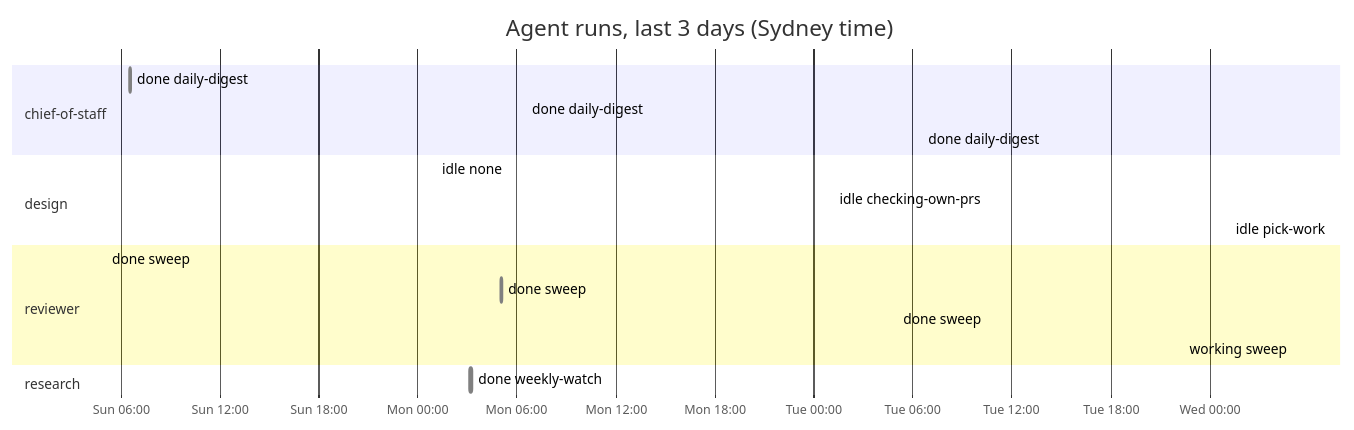
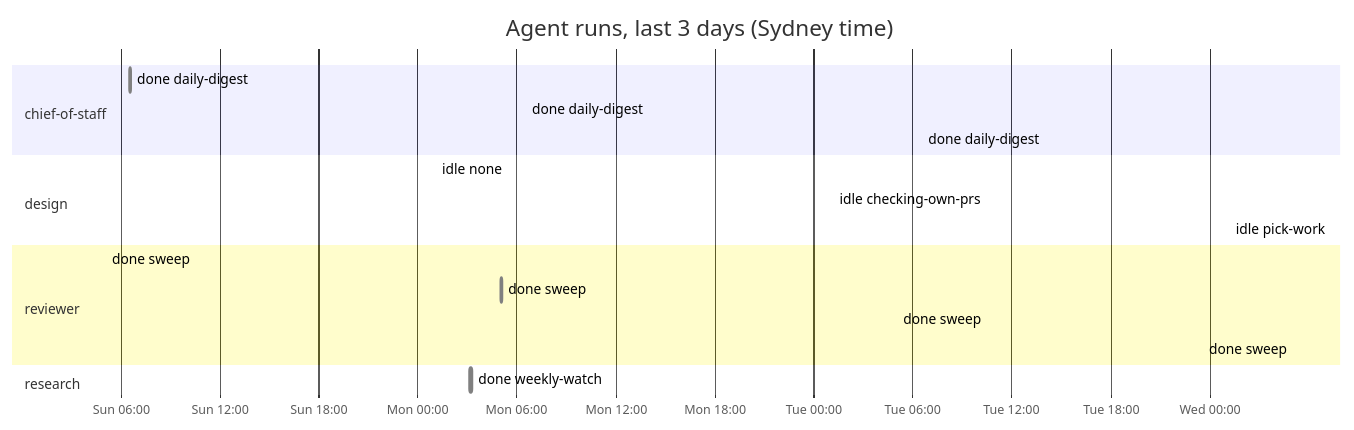
The diagram in dashboard.md (roulmediateam-byte/fifteen-expert-hq), drawn with Mermaid before and after one commit. The commit also changed other lines of this file and 1 other file, not shown here.

Commit message:
Mission control 2026-11-17T18:06Z

````diff
--- a/dashboard.md
+++ b/dashboard.md
@@ -44,21 +44,21 @@
 ```mermaid
 gantt
     title Agent runs, last 3 days (Sydney time)
     dateFormat YYYY-MM-DD HH:mm
     axisFormat %a %H:%M
     section chief-of-staff
     done daily-digest :done, 2026-11-15 06:35, 2026-11-15 06:36
     done daily-digest :done, 2026-11-16 06:35, 2026-11-16 06:36
     done daily-digest :done, 2026-11-17 06:35, 2026-11-17 06:36
     section design
     idle none :done, 2026-11-16 01:08, 2026-11-16 01:08
     idle checking-own-prs :done, 2026-11-17 01:12, 2026-11-17 01:12
     idle pick-work :done, 2026-11-18 01:11, 2026-11-18 01:11
     section reviewer
     done sweep :done, 2026-11-15 05:07, 2026-11-15 05:08
     done sweep :done, 2026-11-16 05:05, 2026-11-16 05:06
     done sweep :done, 2026-11-17 05:05, 2026-11-17 05:05
-    working sweep :active, 2026-11-18 05:04, 2026-11-18 05:05
+    done sweep :done, 2026-11-18 05:04, 2026-11-18 05:05
     section research
     done weekly-watch :done, 2026-11-16 03:10, 2026-11-16 03:17
 ```
````
